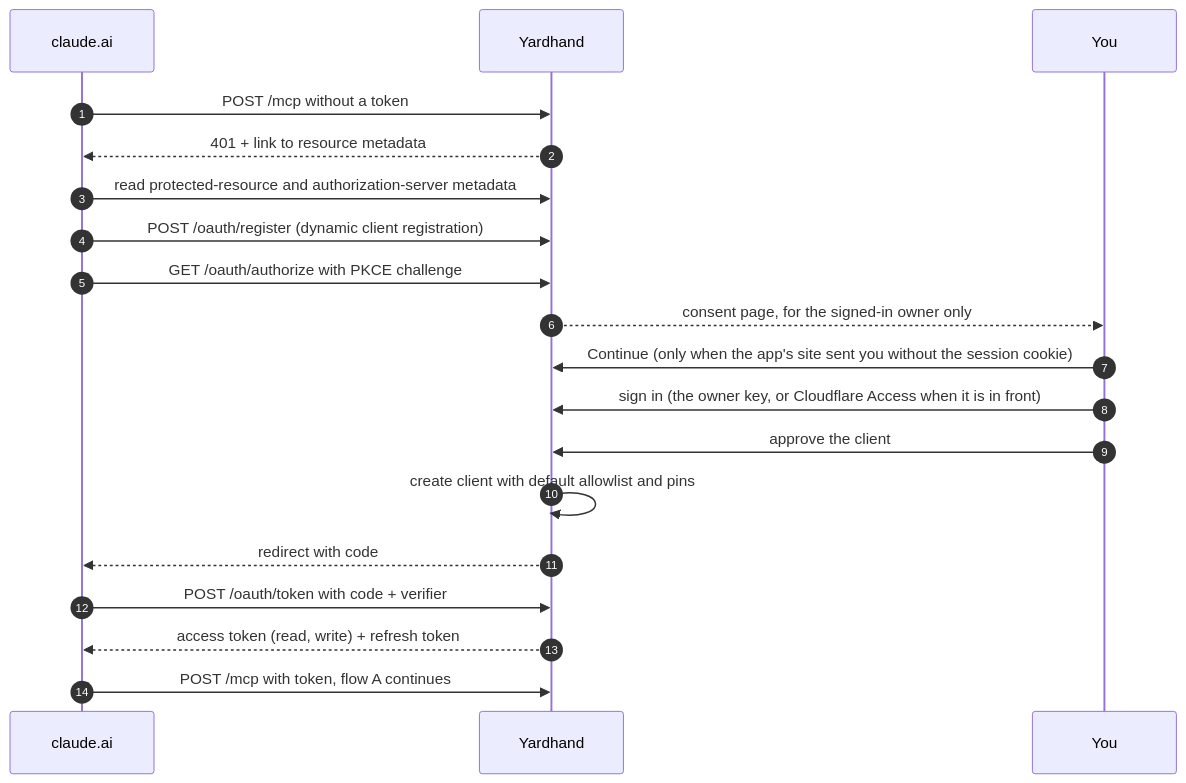
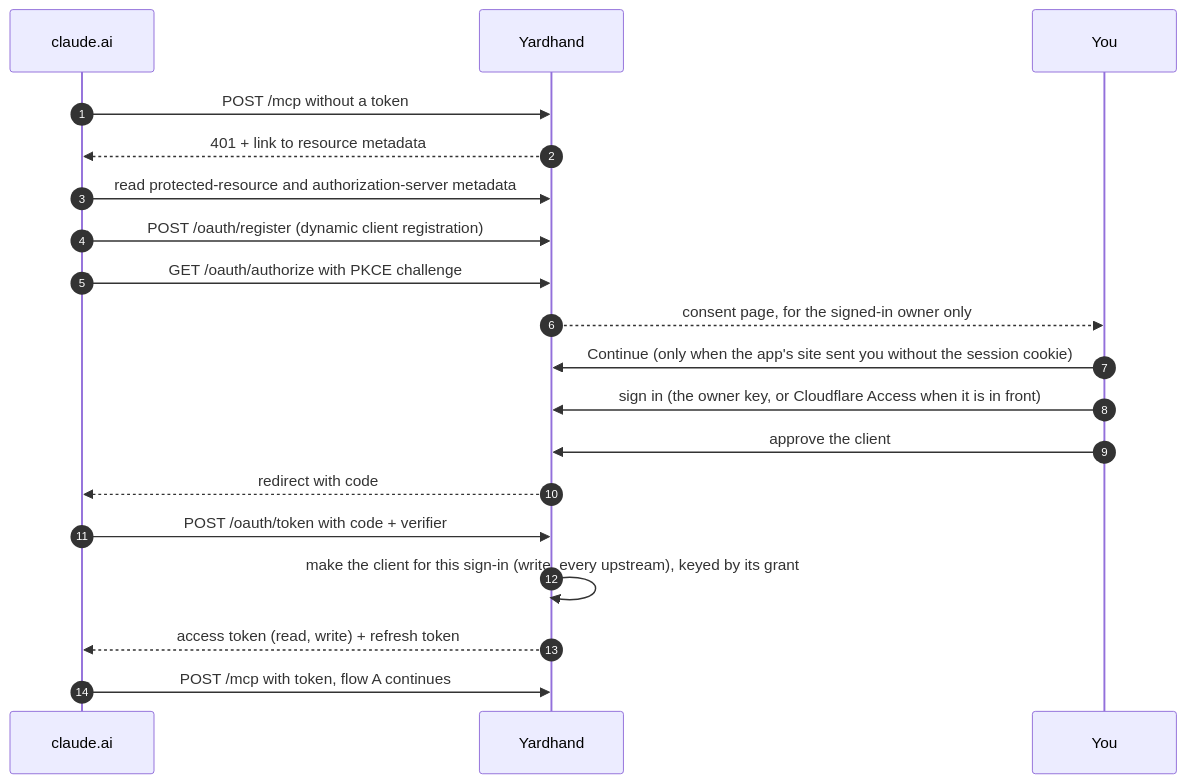
Before and after one commit to escalay/yardhand: the third of 8 diagrams in docs/architecture.md, drawn with Mermaid. The commit also changed other lines of this file and 18 other files, not shown here.

First line of the commit message:
fix(clients): know an OAuth client by its sign-in, not its name (#48)

````diff
--- a/docs/architecture.md
+++ b/docs/architecture.md
@@ -66,21 +71,21 @@
 ```mermaid
 sequenceDiagram
   autonumber
   participant C as claude.ai
   participant G as Yardhand
   participant Y as You
   C->>G: POST /mcp without a token
   G-->>C: 401 + link to resource metadata
   C->>G: read protected-resource and authorization-server metadata
   C->>G: POST /oauth/register (dynamic client registration)
   C->>G: GET /oauth/authorize with PKCE challenge
   G-->>Y: consent page, for the signed-in owner only
   Y->>G: Continue (only when the app's site sent you without the session cookie)
   Y->>G: sign in (the owner key, or Cloudflare Access when it is in front)
   Y->>G: approve the client
-  G->>G: create client with default allowlist and pins
   G-->>C: redirect with code
   C->>G: POST /oauth/token with code + verifier
+  G->>G: make the client for this sign-in (write, every upstream), keyed by its grant
   G-->>C: access token (read, write) + refresh token
   C->>G: POST /mcp with token, flow A continues
 ```
````
